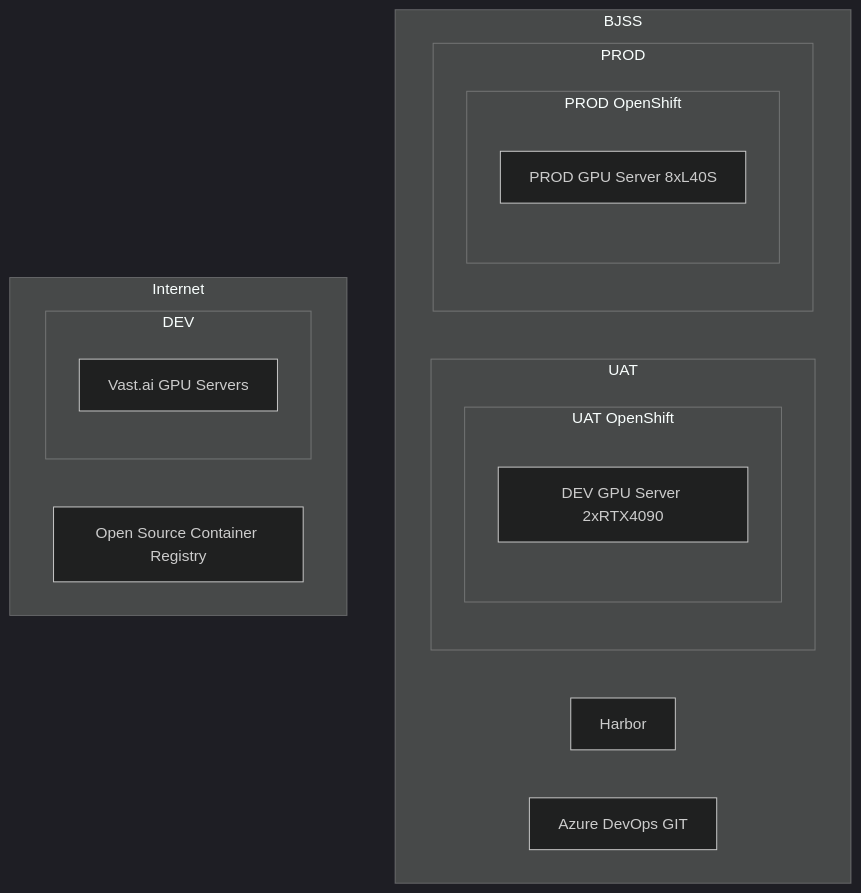
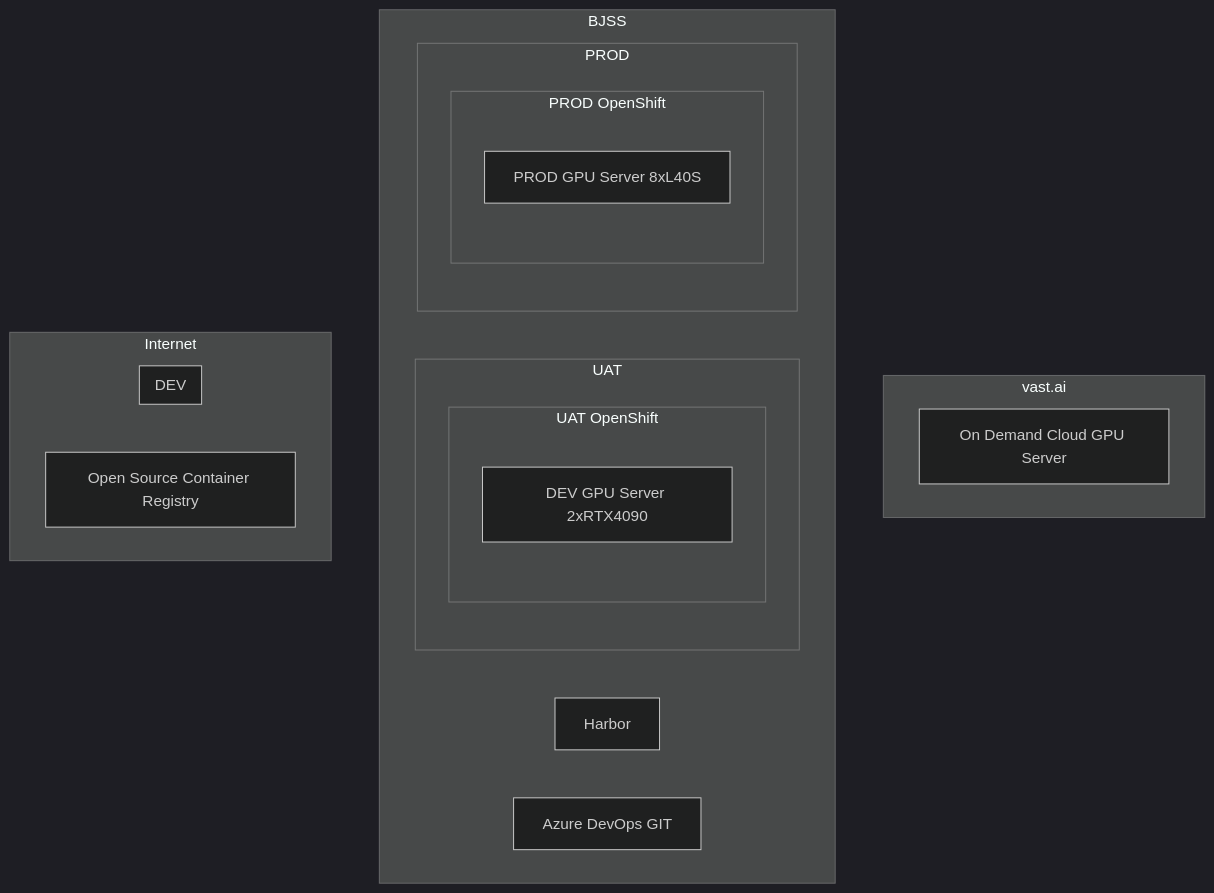
The second of 2 diagrams in README.md (tim-roethig/ai-platform), drawn with Mermaid (dark theme) before and after one commit.

````diff
--- a/README.md
+++ b/README.md
@@ -63,38 +63,41 @@
 ```mermaid
 graph TD
-    A[Open Source Container Registry]
-    B[Vast.ai GPU Servers]
+    A[Open Source Container Registry ]
+    B[On Demand Cloud GPU Server]
     C[Harbor]
     D[Azure DevOps GIT]
     E[DEV GPU Server 2xRTX4090]
     F[PROD GPU Server 8xL40S]
 
+    subgraph VAST_AI[vast.ai]
+        B
+    end
     subgraph UAT_OC[UAT OpenShift]
         E
     end
     subgraph PROD_OC[PROD OpenShift]
         F
     end
 
     subgraph DEV[DEV]
         B
     end
     subgraph UAT[UAT]
         UAT_OC
     end
     subgraph PROD[PROD]
         PROD_OC
     end
 
     subgraph BJSS[BJSS]
         C
         D
         UAT
         PROD
     end
 
     subgraph Internet[Internet]
         A
         DEV
     end
 ```
````
